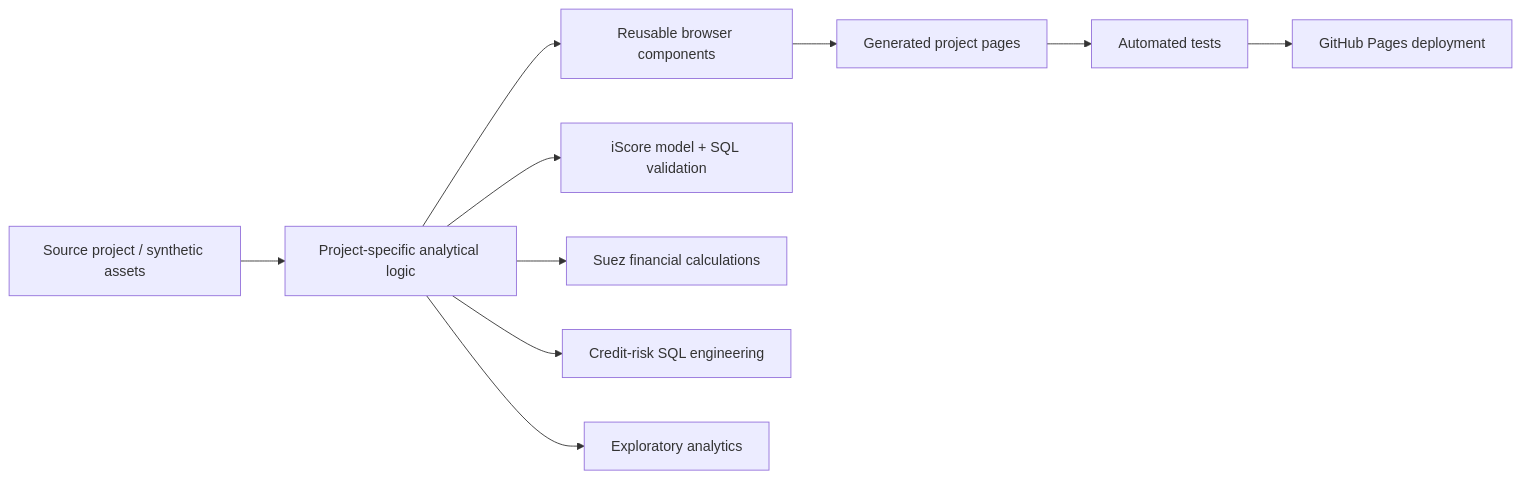
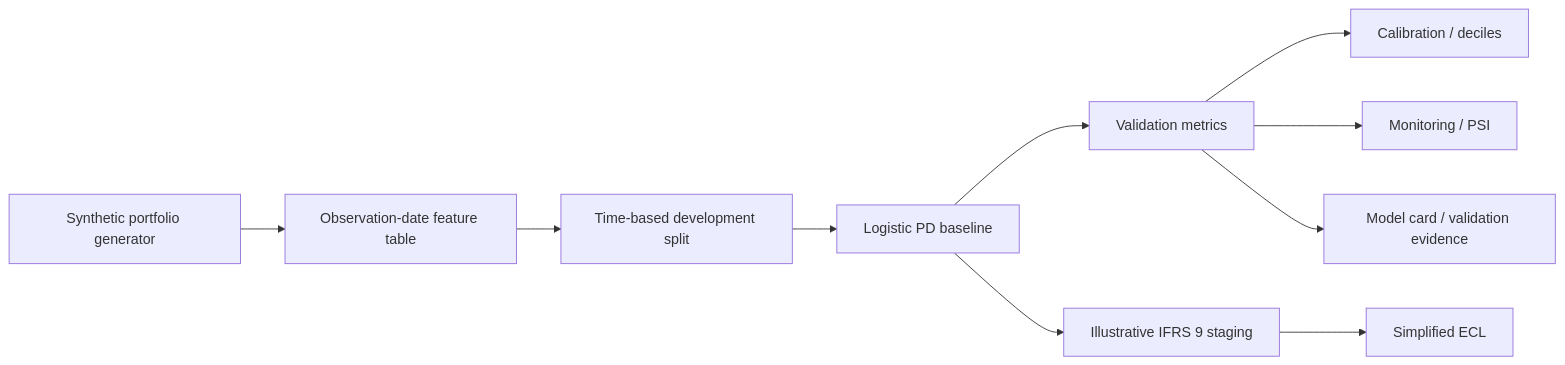
Before and after one commit to mrwanahmedx/data-observatory: the diagram in README.md, drawn with Mermaid. The commit also changed other lines of this file and 59 other files, not shown here.

Commit message:
Prepare standalone synthetic credit-risk model development repository

````diff
--- a/README.md
+++ b/README.md
@@ -19,13 +22,12 @@
 ```mermaid
 flowchart LR
-    A[Source project / synthetic assets] --> B[Project-specific analytical logic]
-    B --> C[Reusable browser components]
-    C --> D[Generated project pages]
-    D --> E[Automated tests]
-    E --> F[GitHub Pages deployment]
-
-    B --> G[iScore model + SQL validation]
-    B --> H[Suez financial calculations]
-    B --> I[Credit-risk SQL engineering]
-    B --> J[Exploratory analytics]
+    A[Synthetic portfolio generator] --> B[Observation-date feature table]
+    B --> C[Time-based development split]
+    C --> D[Logistic PD baseline]
+    D --> E[Validation metrics]
+    E --> F[Calibration / deciles]
+    E --> G[Monitoring / PSI]
+    D --> H[Illustrative IFRS 9 staging]
+    H --> I[Simplified ECL]
+    E --> J[Model card / validation evidence]
 ```
````
